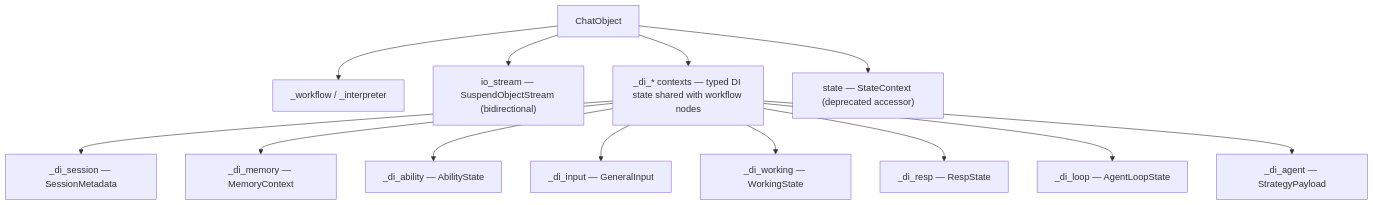
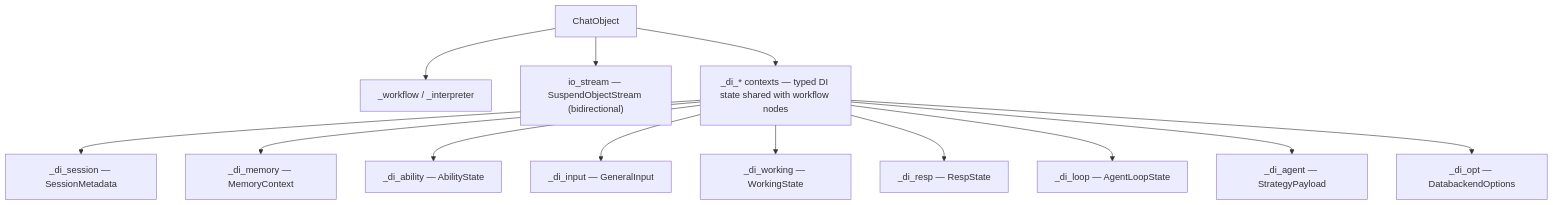
One commit to AmritaBot/AmritaCore changed the first of 2 diagrams in docs/docs/guide/concepts/chat-object.md. Above: the diagram before and after it, drawn with Mermaid. The commit also changed other lines of this file and 239 other files, not shown here.

````diff
--- a/docs/docs/guide/concepts/chat-object.md
+++ b/docs/docs/guide/concepts/chat-object.md
@@ -10,15 +10,15 @@
 ```mermaid
 flowchart TD
     CO["ChatObject"] --> WF["_workflow / _interpreter"]
     CO --> IO["io_stream — SuspendObjectStream (bidirectional)"]
     CO --> DI["_di_* contexts — typed DI state shared with workflow nodes"]
-    CO --> ST["state — StateContext (deprecated accessor)"]
     DI --> S1["_di_session — SessionMetadata"]
     DI --> S2["_di_memory — MemoryContext"]
     DI --> S3["_di_ability — AbilityState"]
     DI --> S4["_di_input — GeneralInput"]
     DI --> S5["_di_working — WorkingState"]
     DI --> S6["_di_resp — RespState"]
     DI --> S7["_di_loop — AgentLoopState"]
     DI --> S8["_di_agent — StrategyPayload"]
+    DI --> S9["_di_opt — DatabackendOptions"]
 ```
````
